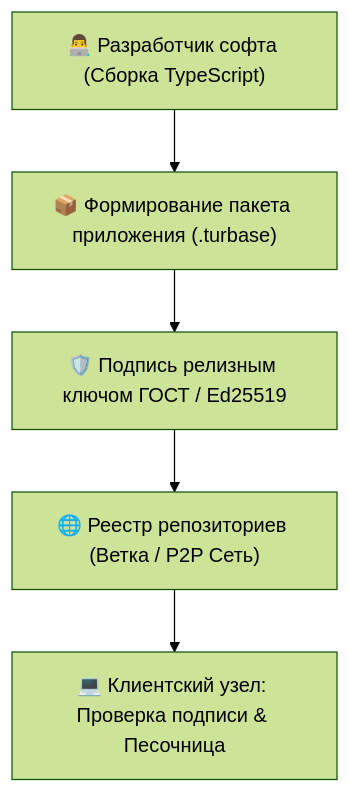
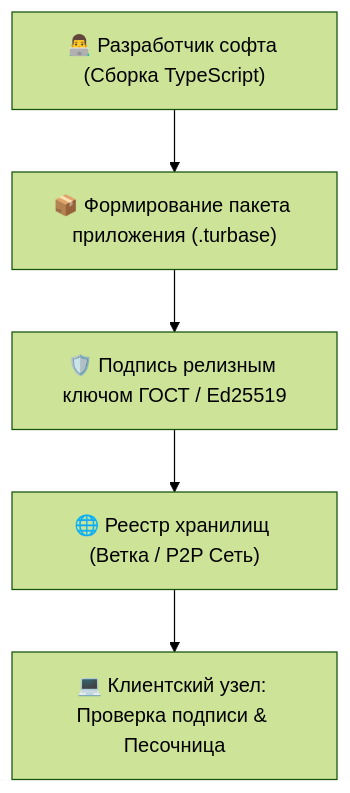
One commit to Data-Independence-Network/presentations changed the ninth of 9 diagrams in architecture_presentations/03_app_framework_and_sdk/docs/presentation_deck.md. Above: the diagram before and after it, drawn with Mermaid (forest theme). The commit also changed 28 other files, not shown here.

```diff
--- a/architecture_presentations/03_app_framework_and_sdk/docs/presentation_deck.md
+++ b/architecture_presentations/03_app_framework_and_sdk/docs/presentation_deck.md
@@ -724,13 +724,13 @@
         <div class="mermaid">
 graph TB
     Dev["👨‍💻 Разработчик софта (Сборка TypeScript)"]
     Pack["📦 Формирование пакета приложения (.turbase)"]
     Sign["🛡️ Подпись релизным ключом ГОСТ / Ed25519"]
-    Store["🌐 Реестр репозиториев (Ветка / P2P Сеть)"]
+    Store["🌐 Реестр хранилищ (Ветка / P2P Сеть)"]
     User["💻 Клиентский узел: Проверка подписи & Песочница"]
 
     Dev --> Pack
     Pack --> Sign
     Sign --> Store
     Store --> User
         </div>
```
